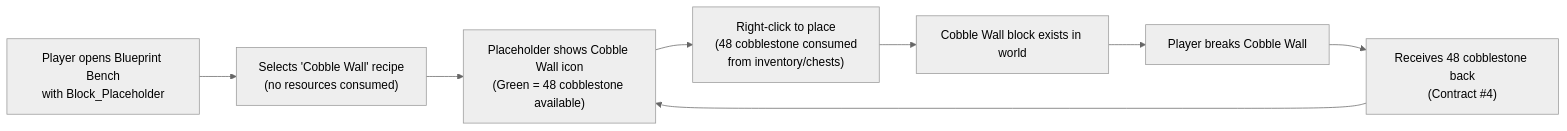
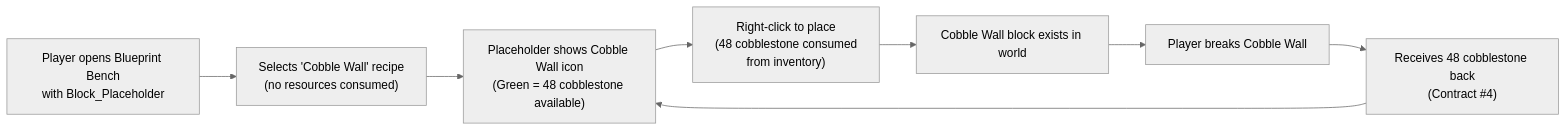
One commit to TheCodeCreature/Hytale-Example-Plugin changed the third of 3 diagrams in docs/product/vision.md. Above: the diagram before and after it, drawn with Mermaid (neutral theme). The commit also changed other lines of this file and 30 other files, not shown here.

````diff
--- a/docs/product/vision.md
+++ b/docs/product/vision.md
@@ -118,10 +118,10 @@
 ```mermaid
 flowchart LR
     A["Player opens Blueprint Bench\nwith Block_Placeholder"] --> B["Selects 'Cobble Wall' recipe\n(no resources consumed)"]
     B --> C["Placeholder shows Cobble Wall icon\n(Green = 48 cobblestone available)"]
-    C --> D["Right-click to place\n(48 cobblestone consumed\nfrom inventory/chests)"]
+    C --> D["Right-click to place\n(48 cobblestone consumed\nfrom inventory)"]
     D --> E["Cobble Wall block exists in world"]
     E --> F["Player breaks Cobble Wall"]
     F --> G["Receives 48 cobblestone back\n(Contract #4)"]
     G --> C
 ```
````
